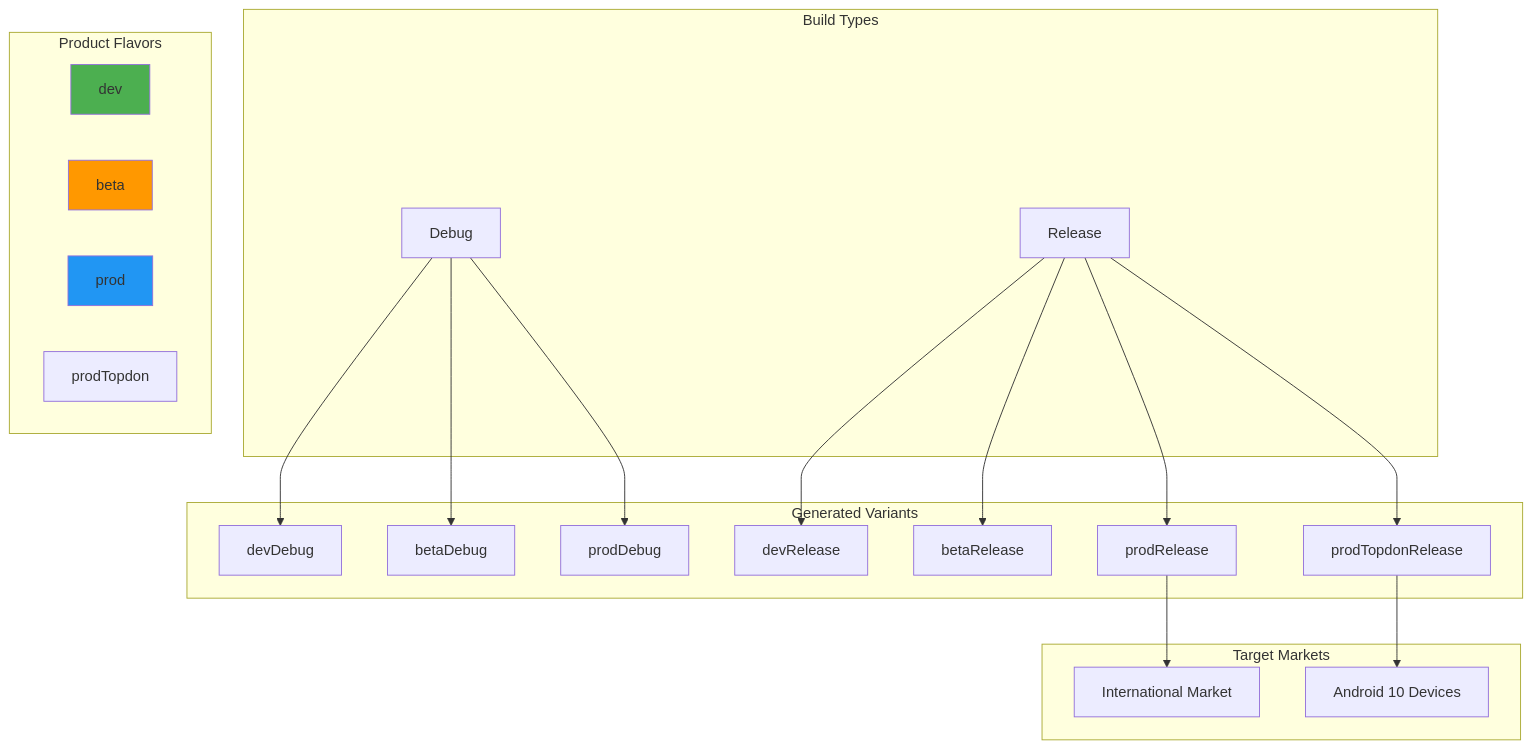
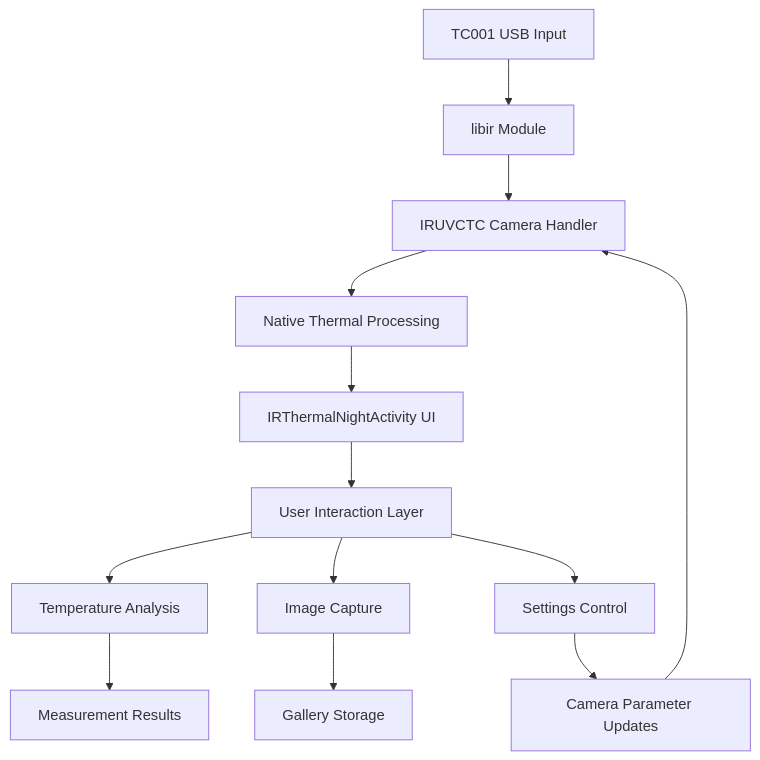
One commit to buccancs/TopInfrared changed the fifth of 5 diagrams in README.md. Above: the diagram before and after it, drawn with Mermaid. The commit also changed other lines of this file and 1 other file, not shown here.

Commit message:
Focus README on TC001 basic IR camera with UI navigation and integration details

````diff
--- a/README.md
+++ b/README.md
@@ -492,34 +182,15 @@
 ```mermaid
-graph TB
-    subgraph "Build Types"
-        DEBUG[Debug]
-        RELEASE[Release]
-    end
-    
-    subgraph "Product Flavors"
-        DEV[dev]
-        BETA[beta] 
-        PROD[prod]
-        PRODTOP[prodTopdon]
-    end
-    
-    subgraph "Generated Variants"
-        DEBUG --> DEVDEBUG[devDebug]
-        DEBUG --> BETADEBUG[betaDebug]
-        DEBUG --> PRODDEBUG[prodDebug]
-        
-        RELEASE --> DEVREL[devRelease]
-        RELEASE --> BETAREL[betaRelease]
-        RELEASE --> PRODREL[prodRelease]
-        RELEASE --> PRODTOPREL[prodTopdonRelease]
-    end
-    
-    subgraph "Target Markets"
-        PRODREL --> INTL[International Market]
-        PRODTOPREL --> ANDROID10[Android 10 Devices]
-    end
-    
-    style DEV fill:#4caf50
-    style BETA fill:#ff9800
-    style PROD fill:#2196f3
+flowchart TD
+    A[TC001 USB Input] --> B[libir Module]
+    B --> C[IRUVCTC Camera Handler]
+    C --> D[Native Thermal Processing]
+    D --> E[IRThermalNightActivity UI]
+    E --> F[User Interaction Layer]
+    F --> G[Temperature Analysis]
+    F --> H[Image Capture]
+    F --> I[Settings Control]
+    G --> J[Measurement Results]
+    H --> K[Gallery Storage]
+    I --> L[Camera Parameter Updates]
+    L --> C
 ```
````
